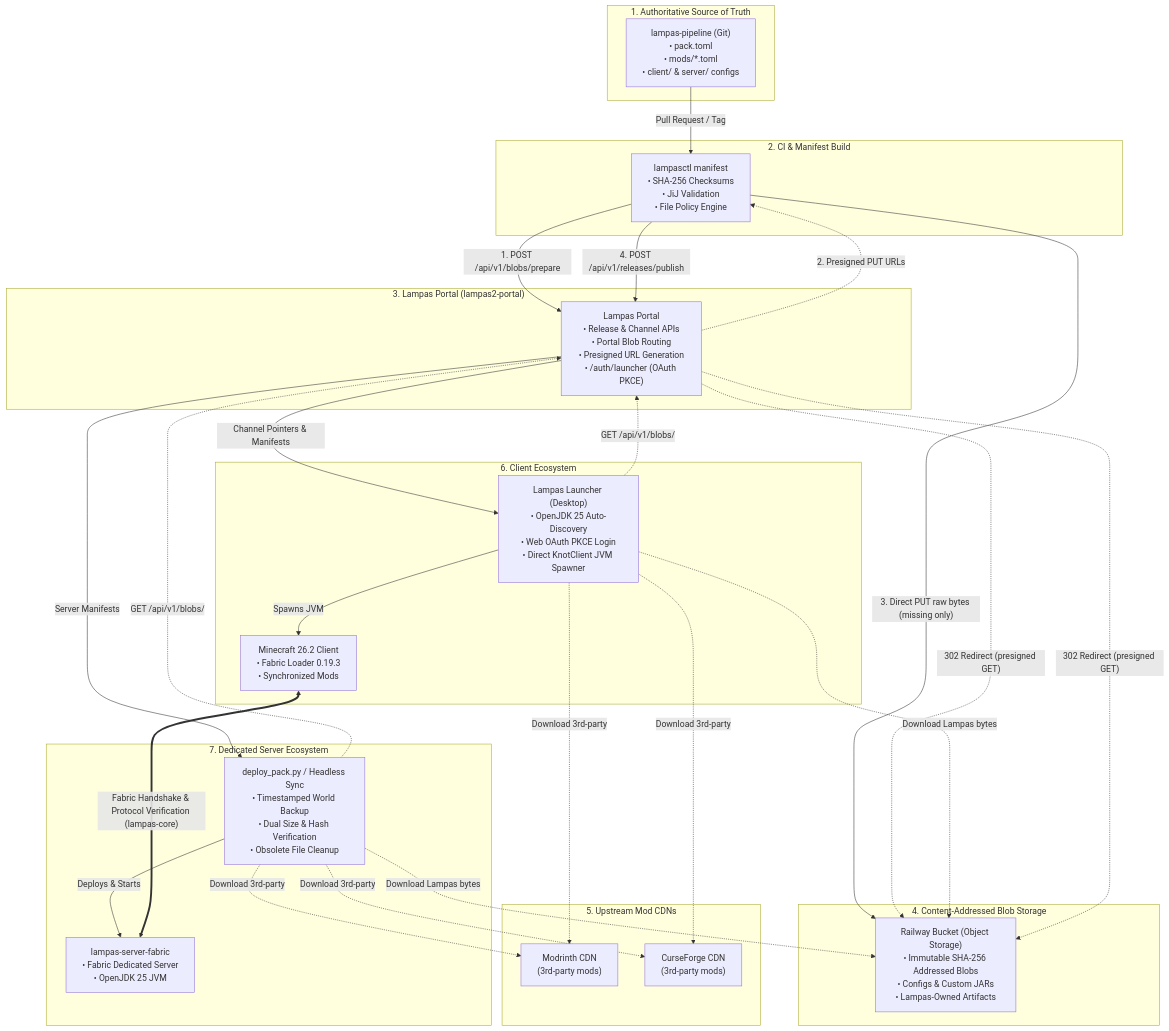
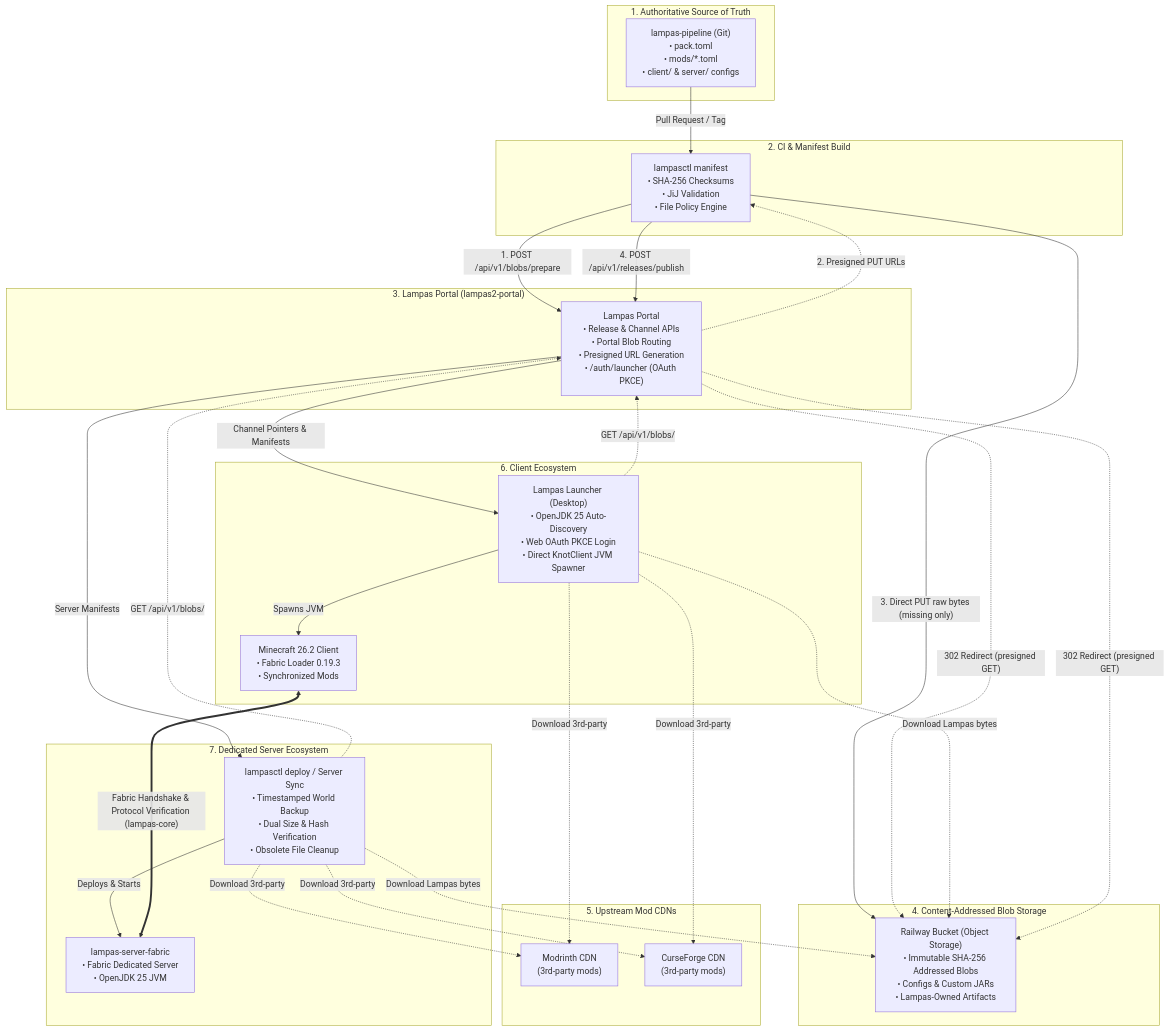
Before and after one commit to justbecauseph/lampas-pipeline: the first of 5 diagrams in README.md, drawn with Mermaid. The commit also changed other lines of this file and 11 other files, not shown here.

First line of the commit message:
feat(deploy): unify server deployment in lampasctl deploy and retire deploy-pack.py

````diff
--- a/README.md
+++ b/README.md
@@ -17,59 +17,59 @@
 ```mermaid
 graph TD
     subgraph Git ["1. Authoritative Source of Truth"]
         Pipeline["lampas-pipeline (Git)<br/>• pack.toml<br/>• mods/*.toml<br/>• client/ & server/ configs"]
     end
 
     subgraph CI ["2. CI & Manifest Build"]
         Lampasctl["lampasctl manifest<br/>• SHA-256 Checksums<br/>• JiJ Validation<br/>• File Policy Engine"]
     end
 
     subgraph PortalLayer ["3. Lampas Portal (lampas2-portal)"]
         PortalAPI["Lampas Portal<br/>• Release & Channel APIs<br/>• Portal Blob Routing<br/>• Presigned URL Generation<br/>• /auth/launcher (OAuth PKCE)"]
     end
 
     subgraph Storage ["4. Content-Addressed Blob Storage"]
         RailwayBucket["Railway Bucket (Object Storage)<br/>• Immutable SHA-256 Addressed Blobs<br/>• Configs & Custom JARs<br/>• Lampas-Owned Artifacts"]
     end
 
     subgraph CDNs ["5. Upstream Mod CDNs"]
         Modrinth["Modrinth CDN<br/>(3rd-party mods)"]
         CurseForge["CurseForge CDN<br/>(3rd-party mods)"]
     end
 
     subgraph ClientLayer ["6. Client Ecosystem"]
         Launcher["Lampas Launcher (Desktop)<br/>• OpenJDK 25 Auto-Discovery<br/>• Web OAuth PKCE Login<br/>• Direct KnotClient JVM Spawner"]
         ClientMC["Minecraft 26.2 Client<br/>• Fabric Loader 0.19.3<br/>• Synchronized Mods"]
     end
 
     subgraph ServerLayer ["7. Dedicated Server Ecosystem"]
-        ServerScript["deploy_pack.py / Headless Sync<br/>• Timestamped World Backup<br/>• Dual Size & Hash Verification<br/>• Obsolete File Cleanup"]
+        ServerScript["lampasctl deploy / Server Sync<br/>• Timestamped World Backup<br/>• Dual Size & Hash Verification<br/>• Obsolete File Cleanup"]
         ServerMC["lampas-server-fabric<br/>• Fabric Dedicated Server<br/>• OpenJDK 25 JVM"]
     end
 
     Pipeline -->|Pull Request / Tag| Lampasctl
     Lampasctl -->|"1. POST /api/v1/blobs/prepare"| PortalAPI
     PortalAPI -.->|"2. Presigned PUT URLs"| Lampasctl
     Lampasctl -->|"3. Direct PUT raw bytes (missing only)"| RailwayBucket
     Lampasctl -->|"4. POST /api/v1/releases/publish"| PortalAPI
 
     PortalAPI -->|Channel Pointers & Manifests| Launcher
     PortalAPI -->|Server Manifests| ServerScript
 
     Launcher -.->|Download 3rd-party| Modrinth
     Launcher -.->|Download 3rd-party| CurseForge
     Launcher -.->|"GET /api/v1/blobs/<sha256>"| PortalAPI
     PortalAPI -.->|"302 Redirect (presigned GET)"| RailwayBucket
     Launcher -.->|Download Lampas bytes| RailwayBucket
 
     ServerScript -.->|Download 3rd-party| Modrinth
     ServerScript -.->|Download 3rd-party| CurseForge
     ServerScript -.->|"GET /api/v1/blobs/<sha256>"| PortalAPI
     PortalAPI -.->|"302 Redirect (presigned GET)"| RailwayBucket
     ServerScript -.->|Download Lampas bytes| RailwayBucket
 
     Launcher -->|Spawns JVM| ClientMC
     ServerScript -->|Deploys & Starts| ServerMC
 
     ClientMC <===>|"Fabric Handshake & Protocol Verification (lampas-core)"| ServerMC
 ```
````
